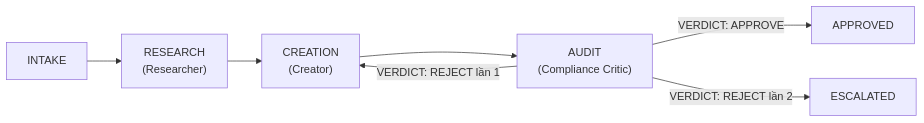
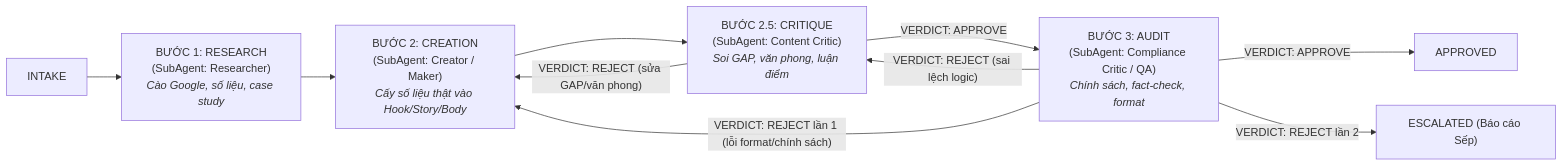
One commit to sumita-dev/Antigravity-Harness-HuB changed the second of 2 diagrams in README.md. Above: the diagram before and after it, drawn with Mermaid. The commit also changed other lines of this file, not shown here.

Commit message:
docs: synchronize README.md with Dynamic Triad Protocol architecture

````diff
--- a/README.md
+++ b/README.md
@@ -194,9 +214,12 @@
 ```mermaid
 flowchart LR
-    A["INTAKE"] --> B["RESEARCH<br/>(Researcher)"]
-    B --> C["CREATION<br/>(Creator)"]
-    C --> D["AUDIT<br/>(Compliance Critic)"]
+    A["INTAKE"] --> B["BƯỚC 1: RESEARCH<br/>(SubAgent: Researcher)<br/><i>Cào Google, số liệu, case study</i>"]
+    B --> C["BƯỚC 2: CREATION<br/>(SubAgent: Creator / Maker)<br/><i>Cấy số liệu thật vào Hook/Story/Body</i>"]
+    C --> CRIT["BƯỚC 2.5: CRITIQUE<br/>(SubAgent: Content Critic)<br/><i>Soi GAP, văn phong, luận điểm</i>"]
+    CRIT -->|"VERDICT: REJECT (sửa GAP/văn phong)"| C
+    CRIT -->|"VERDICT: APPROVE"| D["BƯỚC 3: AUDIT<br/>(SubAgent: Compliance Critic / QA)<br/><i>Chính sách, fact-check, format</i>"]
     D -->|"VERDICT: APPROVE"| E["APPROVED"]
-    D -->|"VERDICT: REJECT lần 1"| C
-    D -->|"VERDICT: REJECT lần 2"| F["ESCALATED"]
+    D -->|"VERDICT: REJECT lần 1 (lỗi format/chính sách)"| C
+    D -->|"VERDICT: REJECT (sai lệch logic)"| CRIT
+    D -->|"VERDICT: REJECT lần 2"| F["ESCALATED (Báo cáo Sếp)"]
 ```
````
